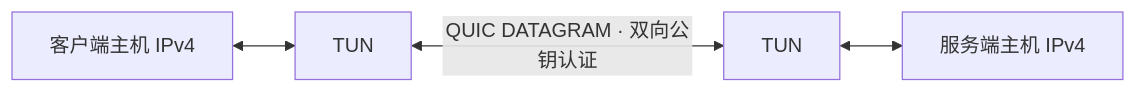
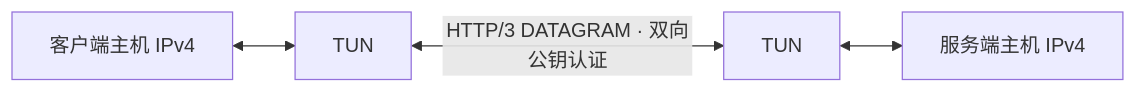
The diagram in README.md (linkec/quicwire), drawn with Mermaid before and after one commit. The commit also changed other lines of this file and 70 other files, not shown here.

````diff
--- a/README.md
+++ b/README.md
@@ -7,6 +7,6 @@
 ```mermaid
 flowchart LR
     A[客户端主机 IPv4] <--> AT[TUN]
-    AT <-->|QUIC DATAGRAM · 双向公钥认证| BT[TUN]
+    AT <-->|HTTP/3 DATAGRAM · 双向公钥认证| BT[TUN]
     BT <--> B[服务端主机 IPv4]
 ```
````
